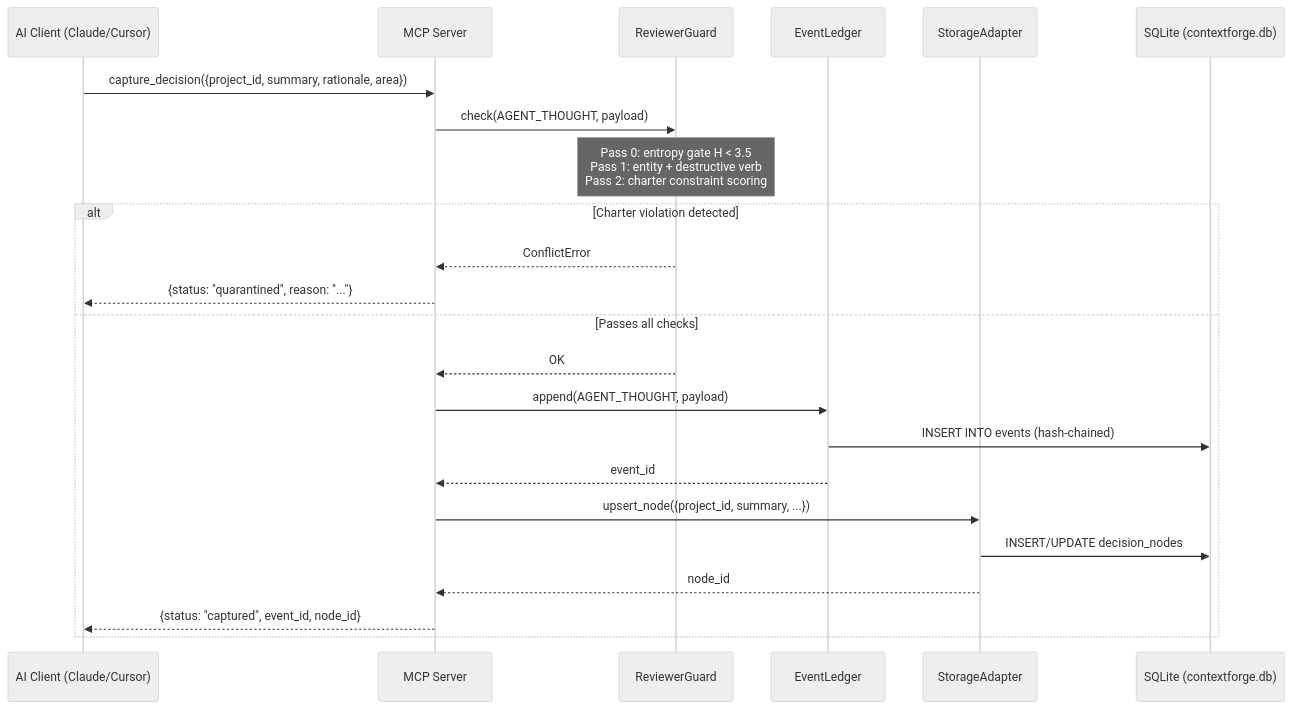
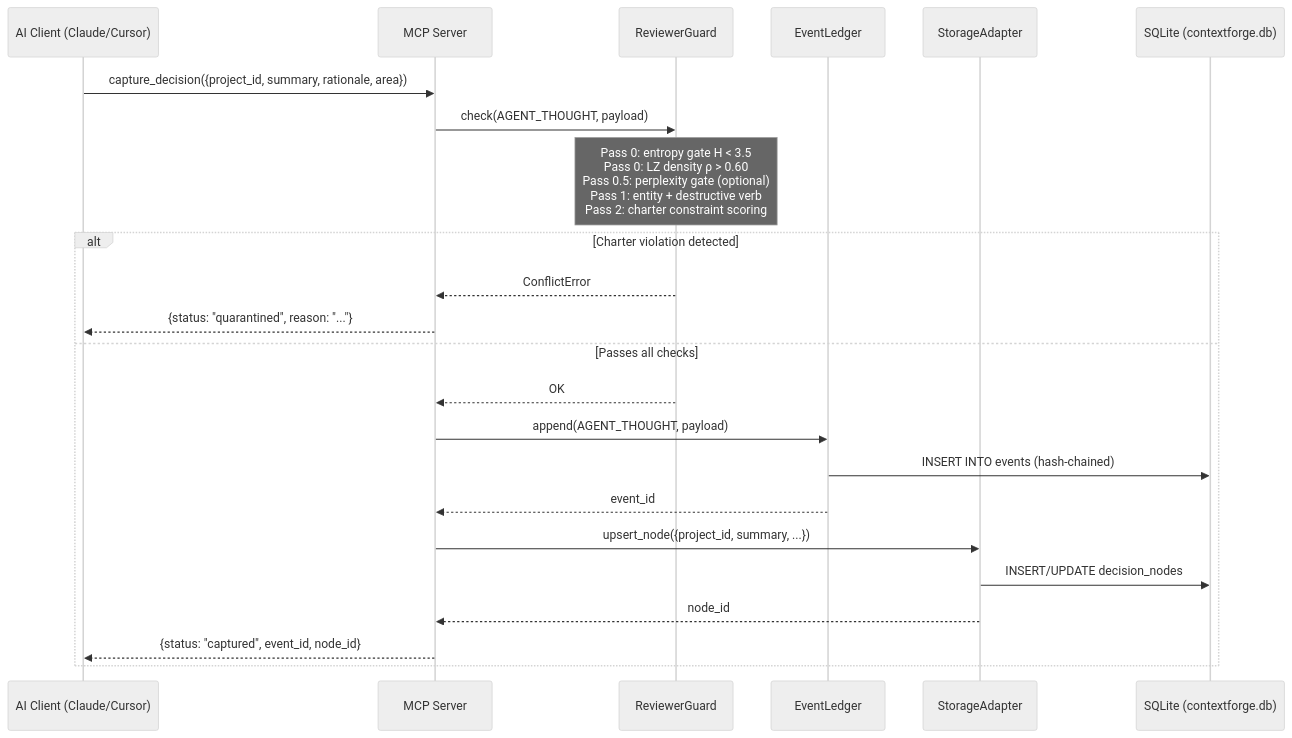
Before and after one commit to parnish007/contextforge: diagram 15 of 19 in docs/WHAT_IS_THIS.md, drawn with Mermaid (neutral theme). The commit also changed other lines of this file, not shown here.

````diff
--- a/docs/WHAT_IS_THIS.md
+++ b/docs/WHAT_IS_THIS.md
@@ -77,26 +892,26 @@
 ```mermaid
 sequenceDiagram
     participant AI as AI Client (Claude/Cursor)
     participant MCP as MCP Server
     participant GUARD as ReviewerGuard
     participant LEDGER as EventLedger
     participant STORE as StorageAdapter
     participant DB as SQLite (contextforge.db)
 
     AI->>MCP: capture_decision({project_id, summary, rationale, area})
     MCP->>GUARD: check(AGENT_THOUGHT, payload)
-    Note over GUARD: Pass 0: entropy gate H < 3.5<br/>Pass 1: entity + destructive verb<br/>Pass 2: charter constraint scoring
+    Note over GUARD: Pass 0: entropy gate H < 3.5<br/>Pass 0: LZ density ρ > 0.60<br/>Pass 0.5: perplexity gate (optional)<br/>Pass 1: entity + destructive verb<br/>Pass 2: charter constraint scoring
     alt Charter violation detected
         GUARD-->>MCP: ConflictError
         MCP-->>AI: {status: "quarantined", reason: "..."}
     else Passes all checks
         GUARD-->>MCP: OK
         MCP->>LEDGER: append(AGENT_THOUGHT, payload)
         LEDGER->>DB: INSERT INTO events (hash-chained)
         LEDGER-->>MCP: event_id
         MCP->>STORE: upsert_node({project_id, summary, ...})
         STORE->>DB: INSERT/UPDATE decision_nodes
         STORE-->>MCP: node_id
         MCP-->>AI: {status: "captured", event_id, node_id}
     end
 ```
````
